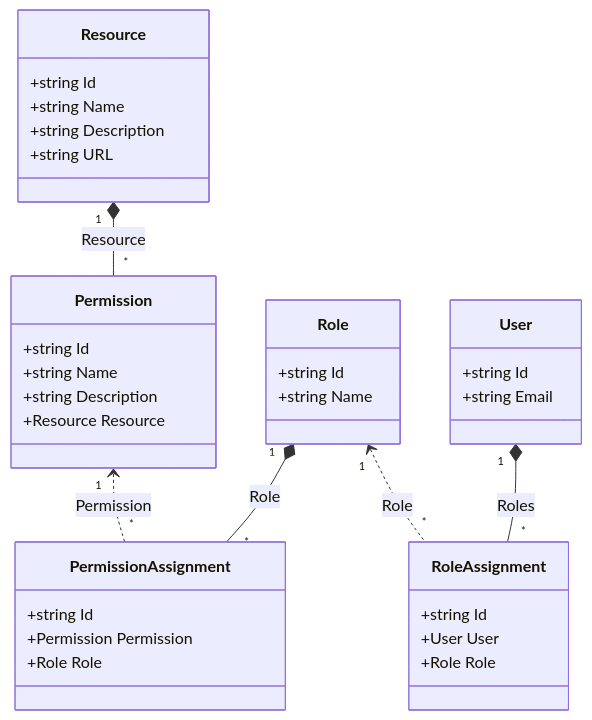
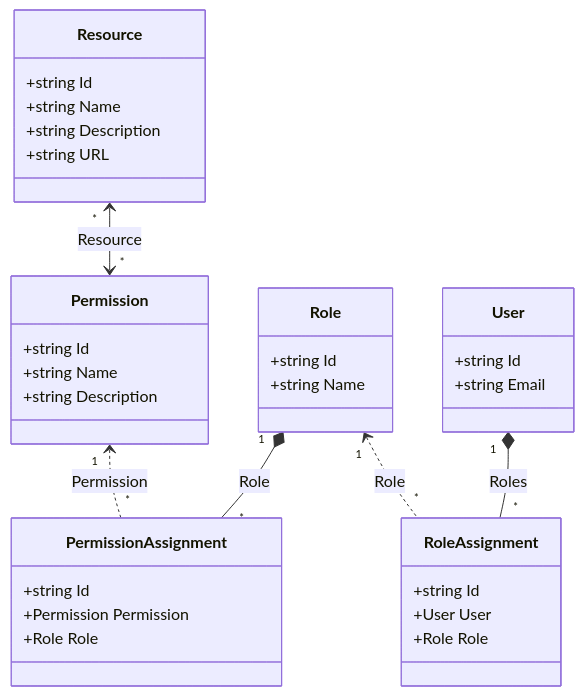
One commit to ips-ag/oidc-user-management changed the diagram in doc/models/Security.md. Above: the diagram before and after it, drawn with Mermaid. The commit also changed 81 other files, not shown here.

````diff
--- a/doc/models/Security.md
+++ b/doc/models/Security.md
@@ -4,38 +4,37 @@
 ```mermaid
 classDiagram
     class Permission {
         +string Id
         +string Name
         +string Description
-        +Resource Resource
     }
-    Resource "1" *-- "*" Permission: Resource
+    Resource "*" <--> "*" Permission: Resource
     Permission "1" <.. "*" PermissionAssignment: Permission
     class Role {
         +string Id
         +string Name        
     }
     class PermissionAssignment {
         +string Id
         +Permission Permission
         +Role Role
     }
     Role "1" *-- "*" PermissionAssignment: Role
     Role "1" <.. "*" RoleAssignment: Role
     class User {
         +string Id
         +string Email
     }
     User "1" *-- "*" RoleAssignment: Roles
     class Resource {
         +string Id
         +string Name
         +string Description
         +string URL
     }    
     class RoleAssignment {
         +string Id
         +User User
         +Role Role
     }
 ```
````
